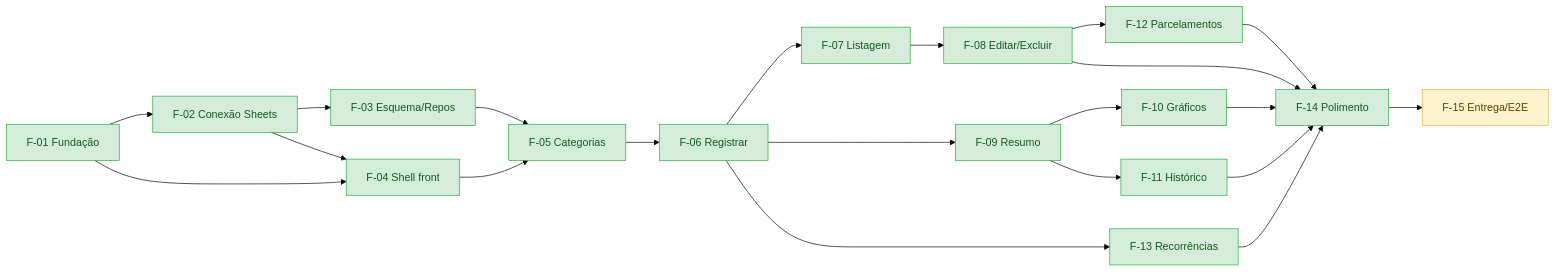
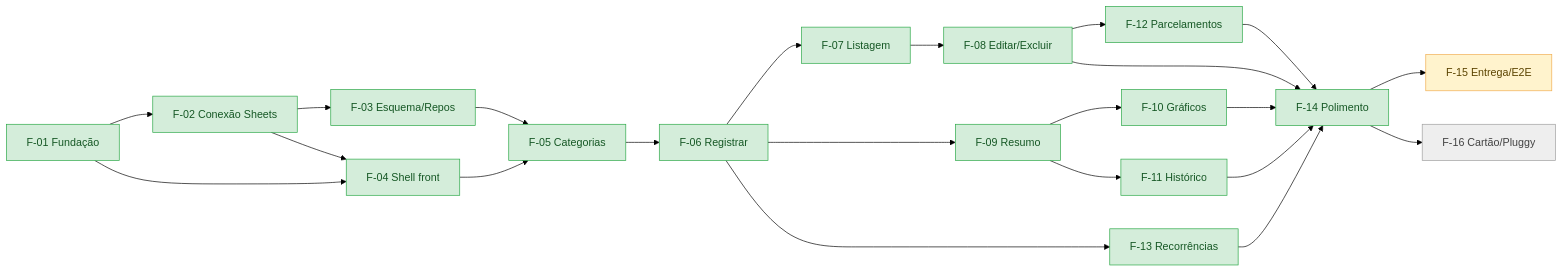
One commit to Pedrohcs/PlanilhaFinanceira changed the diagram in SPECS/05-acompanhamento.md. Above: the diagram before and after it, drawn with Mermaid (forest theme). The commit also changed other lines of this file and 14 other files, not shown here.

Commit message:
F-16: especifica importação do cartão de crédito (Meu Pluggy)

````diff
--- a/SPECS/05-acompanhamento.md
+++ b/SPECS/05-acompanhamento.md
@@ -64,23 +68,25 @@
 ```mermaid
 flowchart LR
     F01[F-01 Fundação] --> F02[F-02 Conexão Sheets] --> F03[F-03 Esquema/Repos]
     F01 --> F04[F-04 Shell front]
     F02 --> F04
     F03 --> F05[F-05 Categorias]
     F04 --> F05
     F05 --> F06[F-06 Registrar]
     F06 --> F07[F-07 Listagem] --> F08[F-08 Editar/Excluir]
     F06 --> F09[F-09 Resumo]
     F09 --> F10[F-10 Gráficos]
     F09 --> F11[F-11 Histórico]
     F08 --> F12[F-12 Parcelamentos]
     F06 --> F13[F-13 Recorrências]
     F08 & F10 & F11 & F12 & F13 --> F14[F-14 Polimento]
     F14 --> F15[F-15 Entrega/E2E]
+    F14 --> F16[F-16 Cartão/Pluggy]
 
     classDef naoIniciada fill:#eeeeee,stroke:#9e9e9e,color:#424242;
     classDef iniciada fill:#fff3cd,stroke:#f0ad4e,color:#5c4400;
     classDef concluida fill:#d4edda,stroke:#28a745,color:#155724;
+    class F16 naoIniciada;
     class F15 iniciada;
     class F01,F02,F03,F04,F05,F06,F07,F08,F09,F10,F11,F12,F13,F14 concluida;
 ```
````
